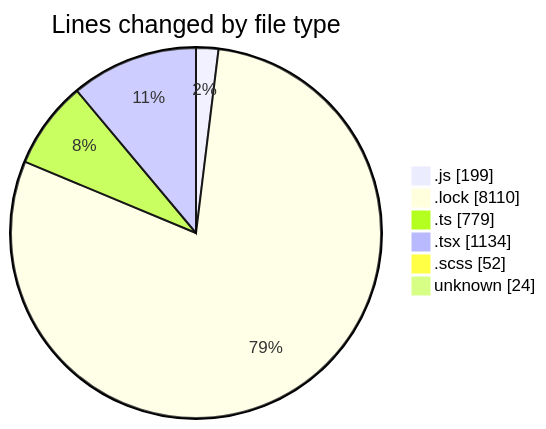
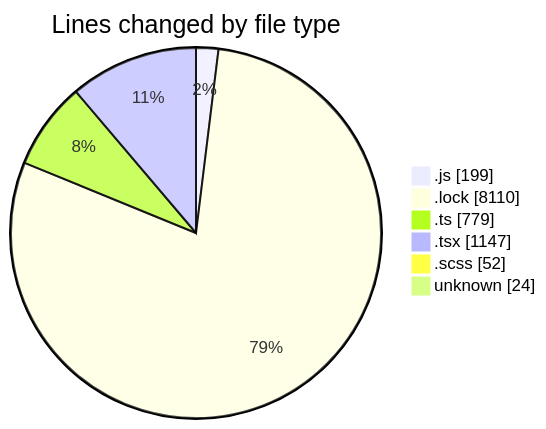
Before and after one commit to momahboobian/code-tracking: the first of 2 diagrams in 2025-02-07/cda/README.md, drawn with Mermaid. The commit also changed other lines of this file and 1 other file, not shown here.

````diff
--- a/2025-02-07/cda/README.md
+++ b/2025-02-07/cda/README.md
@@ -57,10 +57,10 @@
 ```mermaid
 pie showData
 title Lines changed by file type
 ".js" : 199
 ".lock" : 8110
 ".ts" : 779
-".tsx" : 1134
+".tsx" : 1147
 ".scss" : 52
 "unknown" : 24
 ```
````
